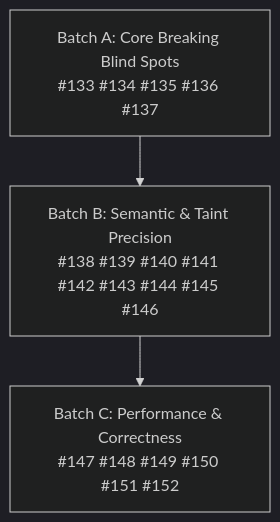
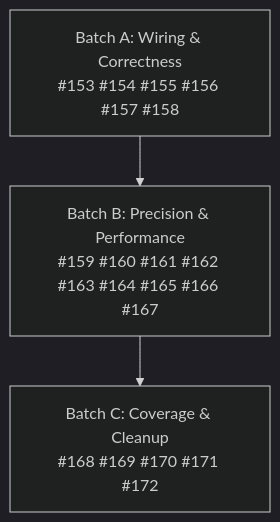
Before and after one commit to 23skdu/terraform_ast: the diagram in docs/roadmap.md, drawn with Mermaid (dark theme). The commit also changed other lines of this file, not shown here.

Commit message:
docs(roadmap): write Pass 9 roadmap (#153-#172)

````diff
--- a/docs/roadmap.md
+++ b/docs/roadmap.md
@@ -304,5 +297,5 @@
 ```mermaid
 flowchart TD
-    A["Batch A: Core Breaking Blind Spots<br/>#133 #134 #135 #136 #137"] --> B["Batch B: Semantic & Taint Precision<br/>#138 #139 #140 #141 #142 #143 #144 #145 #146"]
-    B --> C["Batch C: Performance & Correctness<br/>#147 #148 #149 #150 #151 #152"]
+    A["Batch A: Wiring & Correctness<br/>#153 #154 #155 #156 #157 #158"] --> B["Batch B: Precision & Performance<br/>#159 #160 #161 #162 #163 #164 #165 #166 #167"]
+    B --> C["Batch C: Coverage & Cleanup<br/>#168 #169 #170 #171 #172"]
 ```
````
